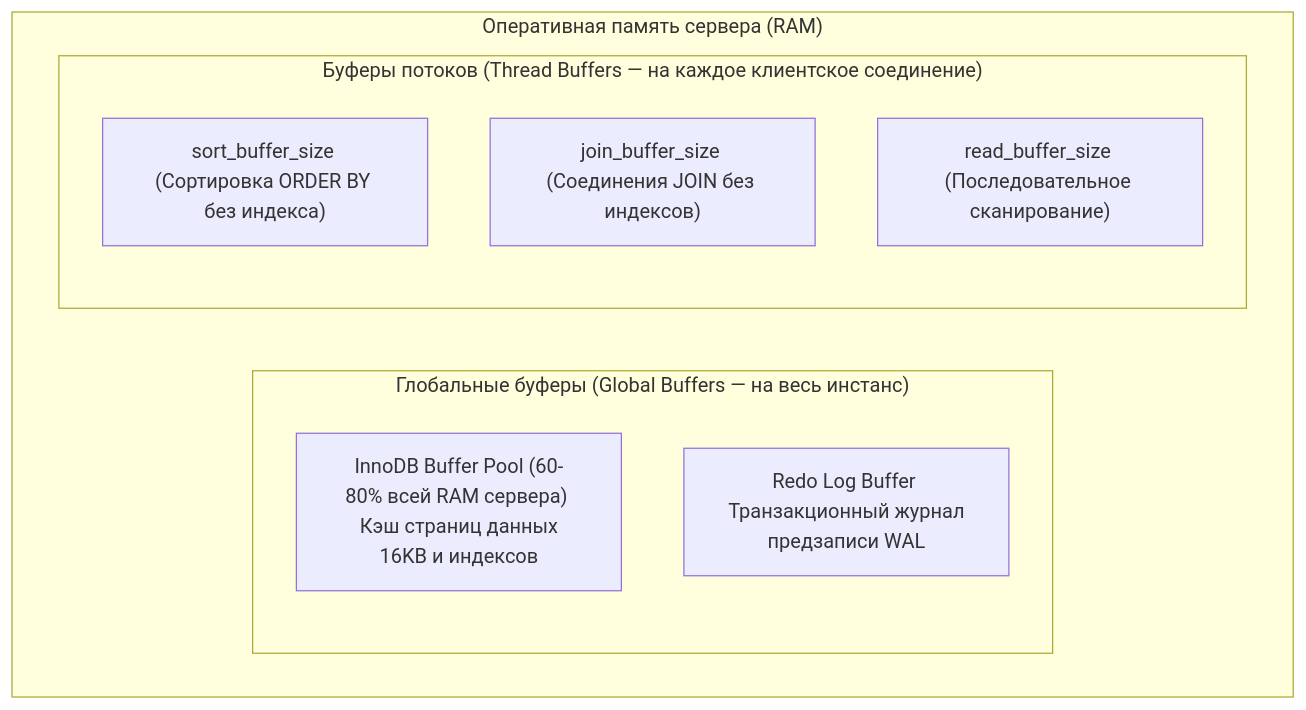
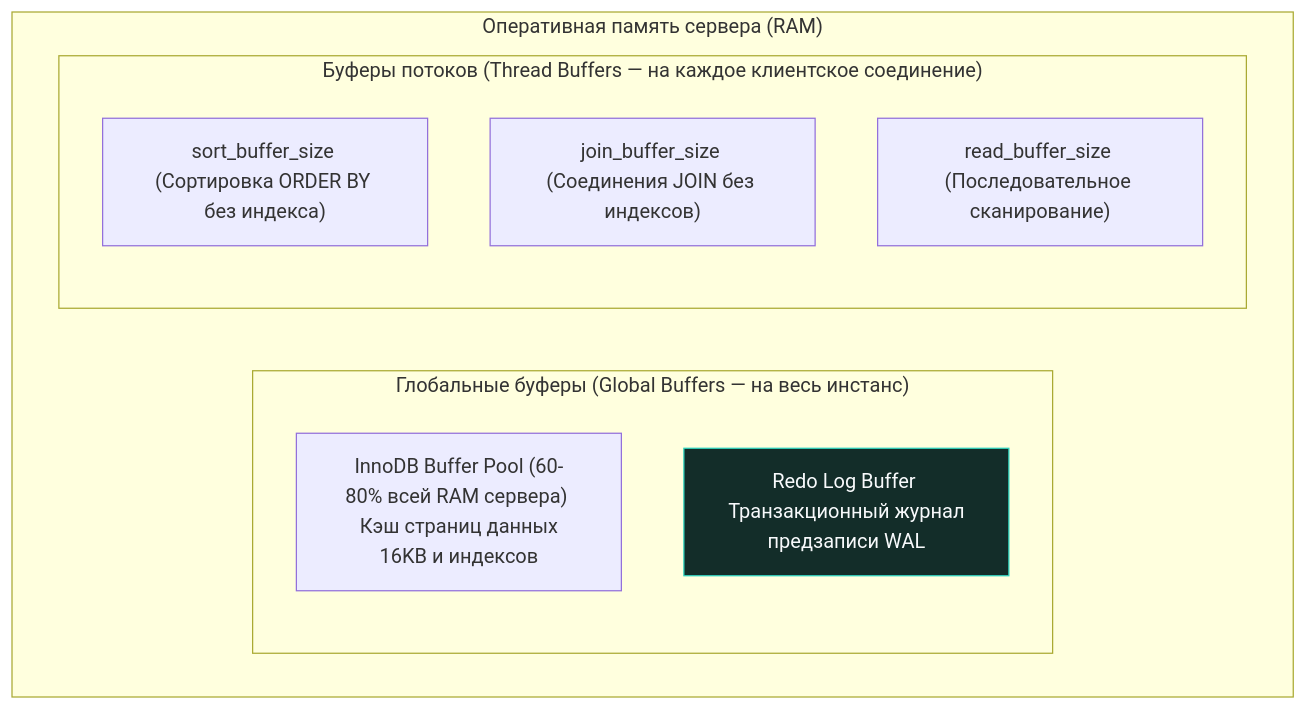
One commit to UnrealTemplier/go-textbook changed the second of 2 diagrams in sources/12. Базы данных/07. MySQL и форки/1. Архитектура MySQL.md. Above: the diagram before and after it, drawn with Mermaid. The commit also changed other lines of this file and 1666 other files, not shown here.

First line of the commit message:
feat(mermaid): add semantic color classDef to 1369 colorless flowchart/graph diagrams

````diff
--- a/sources/12. Базы данных/07. MySQL и форки/1. Архитектура MySQL.md
+++ b/sources/12. Базы данных/07. MySQL и форки/1. Архитектура MySQL.md
@@ -116,15 +126,25 @@
 ```mermaid
 graph TD
+    classDef process  fill:#1e293b,stroke:#38bdf8,stroke-width:1px,color:#f8fafc
+    classDef success  fill:#064e3b,stroke:#34d399,stroke-width:1px,color:#f8fafc
+    classDef error    fill:#7f1d1d,stroke:#f87171,stroke-width:1px,color:#f8fafc
+    classDef warning  fill:#78350f,stroke:#fbbf24,stroke-width:1px,color:#f8fafc
+    classDef entry    fill:#1e3a5f,stroke:#38bdf8,stroke-width:2px,color:#f8fafc
+    classDef aux      fill:#334155,stroke:#64748b,stroke-width:1px,color:#f8fafc
+    classDef system   fill:#312e81,stroke:#a78bfa,stroke-width:1px,color:#f8fafc
+    classDef data     fill:#132d29,stroke:#2dd4bf,stroke-width:1px,color:#f8fafc
+    classDef network  fill:#881337,stroke:#fb7185,stroke-width:1px,color:#f8fafc
+    classDef accent   fill:#1e1b4b,stroke:#818cf8,stroke-width:1px,color:#f8fafc
     subgraph HostRAM ["Оперативная память сервера (RAM)"]
         subgraph GlobalMem ["Глобальные буферы (Global Buffers — на весь инстанс)"]
             BP["InnoDB Buffer Pool (60-80% всей RAM сервера) <br> Кэш страниц данных 16KB и индексов"]
-            RLB["Redo Log Buffer <br> Транзакционный журнал предзаписи WAL"]
+            RLB["Redo Log Buffer <br> Транзакционный журнал предзаписи WAL"]:::data
         end
         
         subgraph ThreadMem ["Буферы потоков (Thread Buffers — на каждое клиентское соединение)"]
             SB["sort_buffer_size (Сортировка ORDER BY без индекса)"]
             JB["join_buffer_size (Соединения JOIN без индексов)"]
             RB["read_buffer_size (Последовательное сканирование)"]
         end
     end
 ```
````
